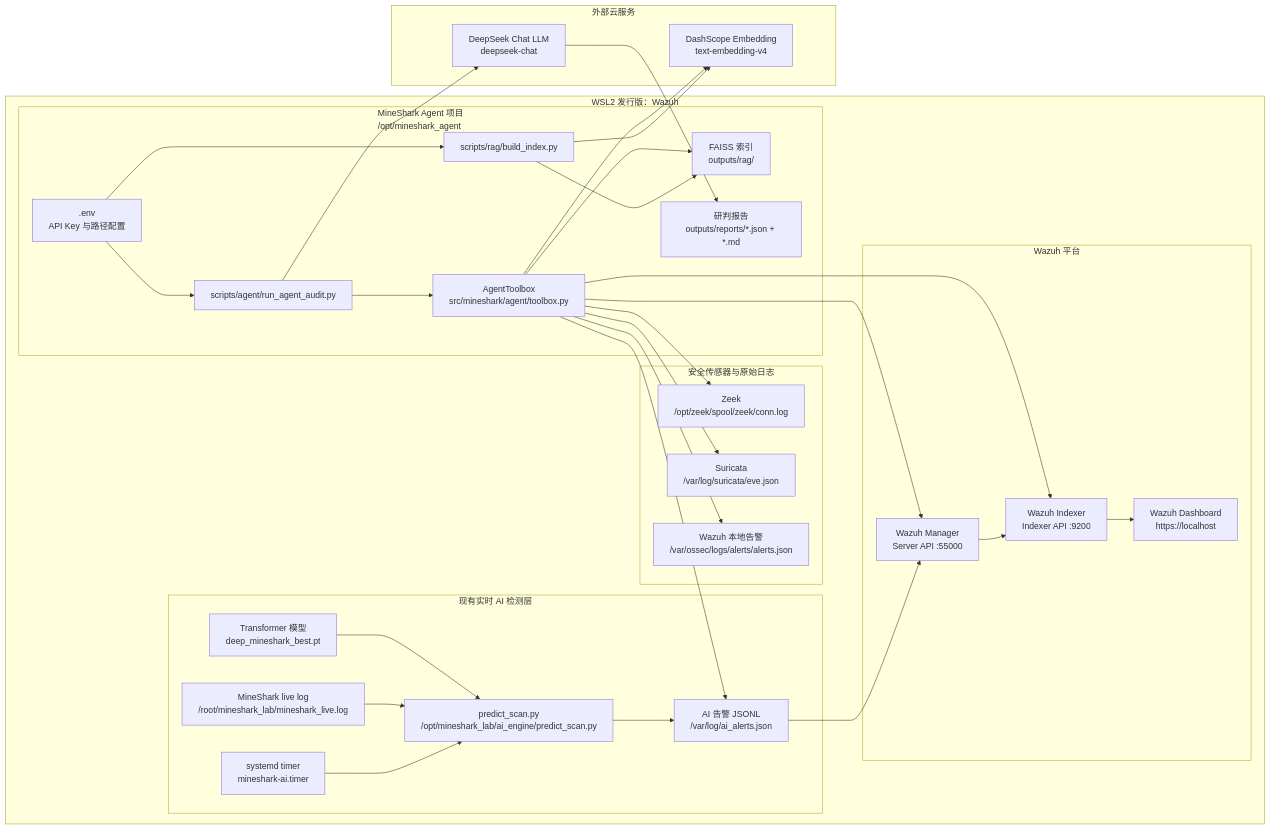
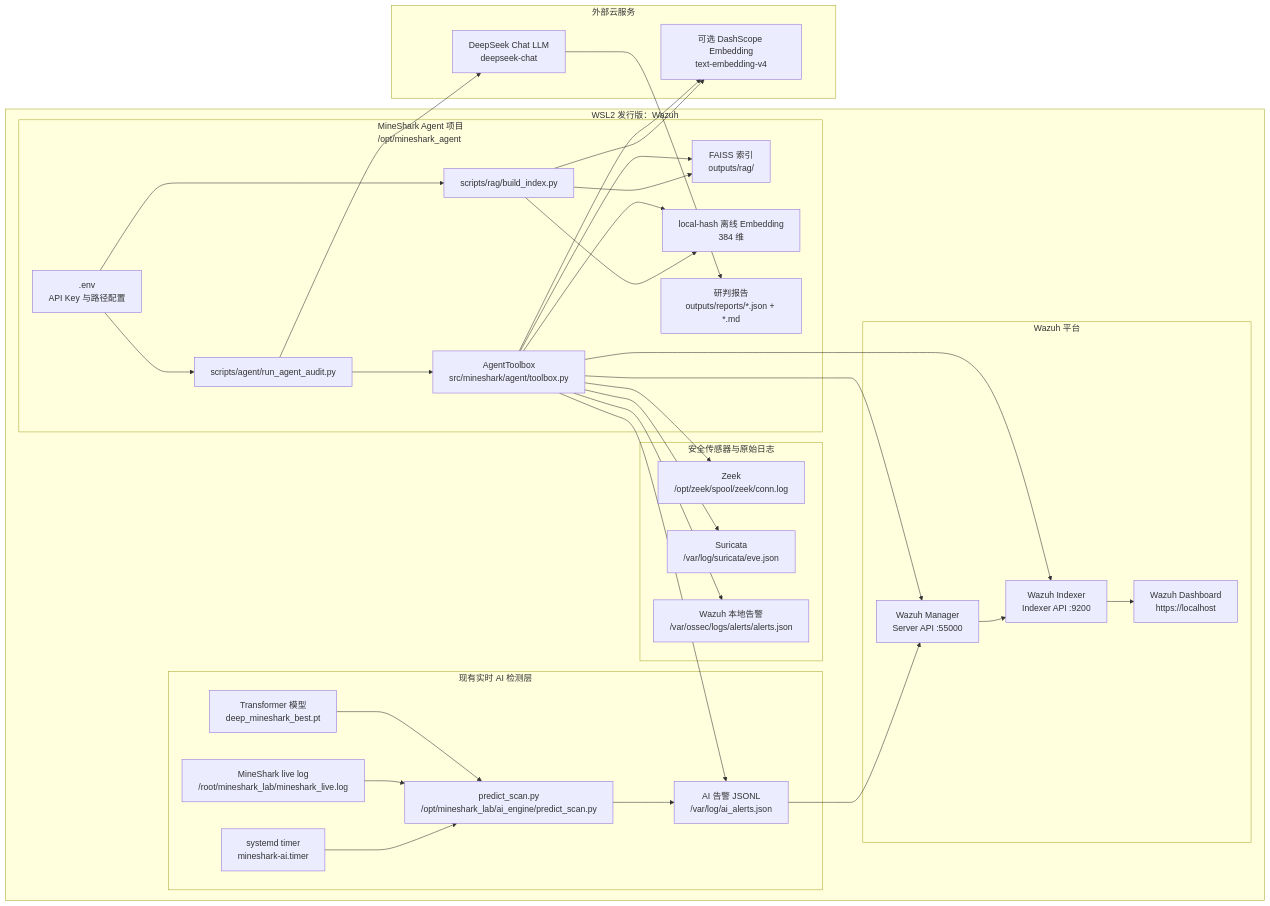
One commit to yalidaa/AI-traffic-analysis changed the first of 3 diagrams in docs/system_flow_diagrams.md. Above: the diagram before and after it, drawn with Mermaid. The commit also changed other lines of this file and 9 other files, not shown here.

````diff
--- a/docs/system_flow_diagrams.md
+++ b/docs/system_flow_diagrams.md
@@ -15,63 +15,66 @@
 ```mermaid
 flowchart LR
     subgraph WSL["WSL2 发行版：Wazuh"]
         subgraph Sensors["安全传感器与原始日志"]
             Zeek["Zeek<br/>/opt/zeek/spool/zeek/conn.log"]
             Suricata["Suricata<br/>/var/log/suricata/eve.json"]
             WazuhLogs["Wazuh 本地告警<br/>/var/ossec/logs/alerts/alerts.json"]
         end
 
         subgraph RealtimeAI["现有实时 AI 检测层"]
             LiveLog["MineShark live log<br/>/root/mineshark_lab/mineshark_live.log"]
             Predict["predict_scan.py<br/>/opt/mineshark_lab/ai_engine/predict_scan.py"]
             Model["Transformer 模型<br/>deep_mineshark_best.pt"]
             AIAlerts["AI 告警 JSONL<br/>/var/log/ai_alerts.json"]
             Timer["systemd timer<br/>mineshark-ai.timer"]
         end
 
         subgraph WazuhStack["Wazuh 平台"]
             Manager["Wazuh Manager<br/>Server API :55000"]
             Indexer["Wazuh Indexer<br/>Indexer API :9200"]
             Dashboard["Wazuh Dashboard<br/>https://localhost"]
         end
 
         subgraph AgentProject["MineShark Agent 项目<br/>/opt/mineshark_agent"]
             Env[".env<br/>API Key 与路径配置"]
             RAGBuild["scripts/rag/build_index.py"]
             RAGIndex["FAISS 索引<br/>outputs/rag/"]
+            LocalEmbedding["local-hash 离线 Embedding<br/>384 维"]
             AgentCLI["scripts/agent/run_agent_audit.py"]
             Toolbox["AgentToolbox<br/>src/mineshark/agent/toolbox.py"]
             Reports["研判报告<br/>outputs/reports/*.json + *.md"]
         end
     end
 
     subgraph Cloud["外部云服务"]
-        DashScope["DashScope Embedding<br/>text-embedding-v4"]
+        DashScope["可选 DashScope Embedding<br/>text-embedding-v4"]
         DeepSeek["DeepSeek Chat LLM<br/>deepseek-chat"]
     end
 
     Timer --> Predict
     LiveLog --> Predict
     Model --> Predict
     Predict --> AIAlerts
     AIAlerts --> Manager
     Manager --> Indexer
     Indexer --> Dashboard
 
     Env --> RAGBuild
     RAGBuild --> DashScope
+    RAGBuild --> LocalEmbedding
     RAGBuild --> RAGIndex
 
     Env --> AgentCLI
     AgentCLI --> Toolbox
     Toolbox --> AIAlerts
     Toolbox --> Manager
     Toolbox --> Indexer
     Toolbox --> WazuhLogs
     Toolbox --> Zeek
     Toolbox --> Suricata
     Toolbox --> RAGIndex
     Toolbox --> DashScope
+    Toolbox --> LocalEmbedding
     AgentCLI --> DeepSeek
     DeepSeek --> Reports
 ```
````
